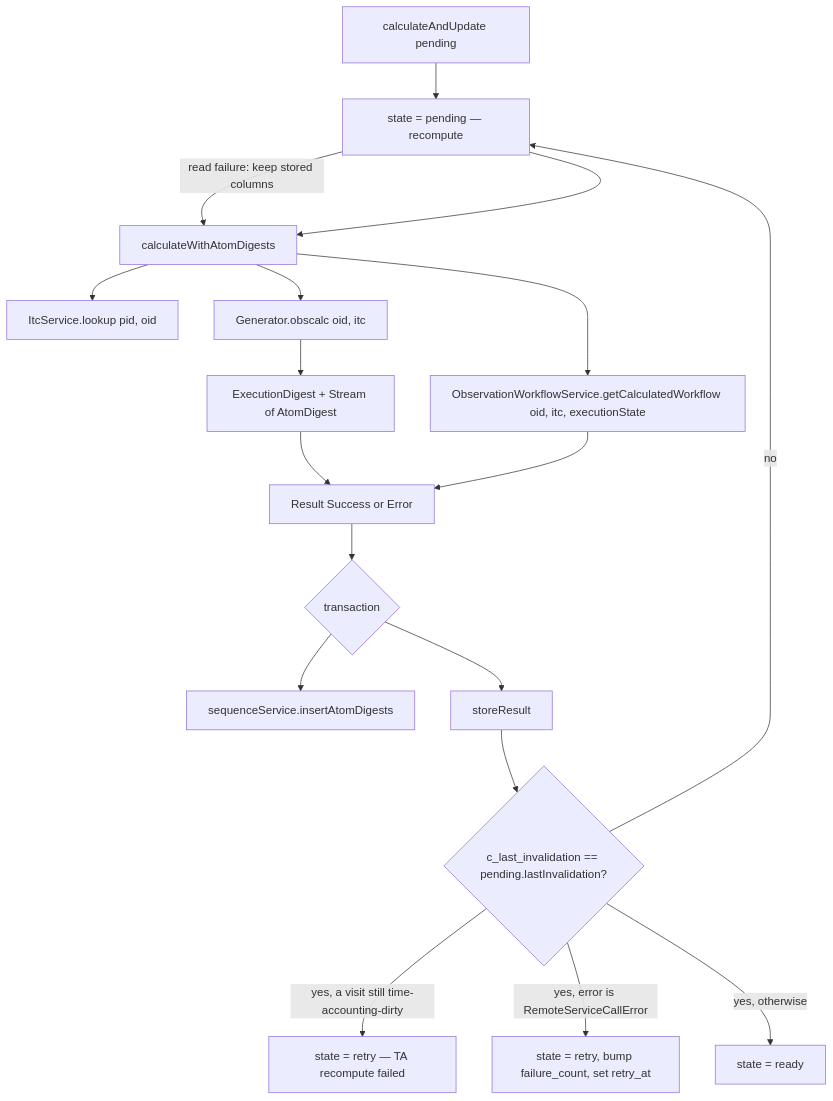
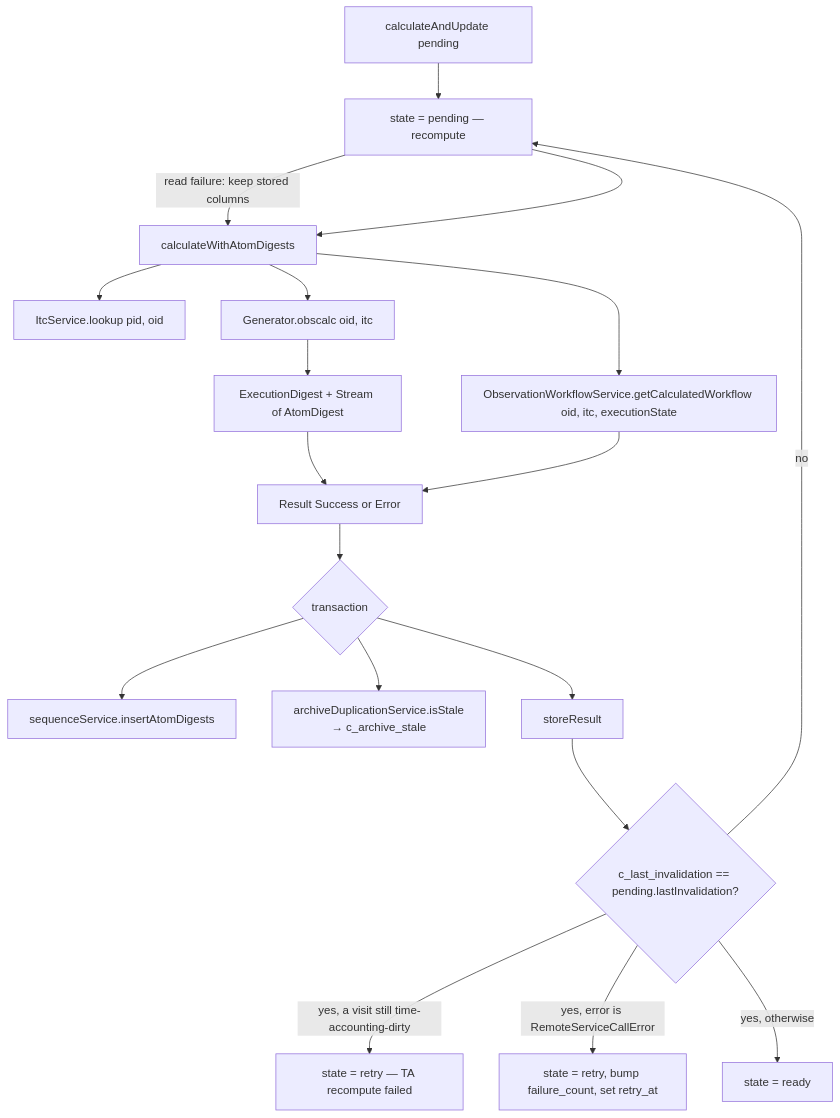
Before and after one commit to gemini-hlsw/lucuma-odb: the third of 4 diagrams in modules/obscalc/obscalc-flow.md, drawn with Mermaid. The commit also changed other lines of this file, not shown here.

````diff
--- a/modules/obscalc/obscalc-flow.md
+++ b/modules/obscalc/obscalc-flow.md
@@ -127,20 +129,21 @@
 ```mermaid
 flowchart TD
     A[calculateAndUpdate pending] --> BP[computeBasePosition:<br/>explicit base, else J2000 composite]
     BP -->|read failure: keep stored columns| B
     BP --> B[calculateWithAtomDigests]
     B --> I[ItcService.lookup pid, oid]
     B --> G[Generator.obscalc oid, itc]
     G --> D[ExecutionDigest + Stream of AtomDigest]
     B --> W[ObservationWorkflowService.getCalculatedWorkflow oid, itc, executionState]
     D --> R[Result Success or Error]
     W --> R
     R --> T{transaction}
     T --> S1[sequenceService.insertAtomDigests]
+    T --> S15[archiveDuplicationService.isStale<br/>→ c_archive_stale]
     T --> S2[storeResult]
     S2 --> CK{c_last_invalidation == pending.lastInvalidation?}
     CK -->|no| BP[state = pending — recompute]
     CK -->|yes, a visit still time-accounting-dirty| RT2[state = retry — TA recompute failed]
     CK -->|yes, error is RemoteServiceCallError| RT[state = retry, bump failure_count, set retry_at]
     CK -->|yes, otherwise| RD[state = ready]
 ```
````
